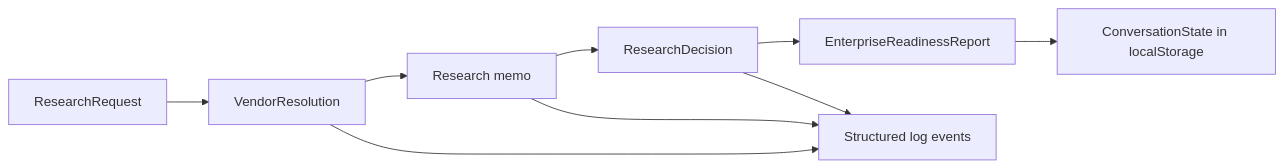
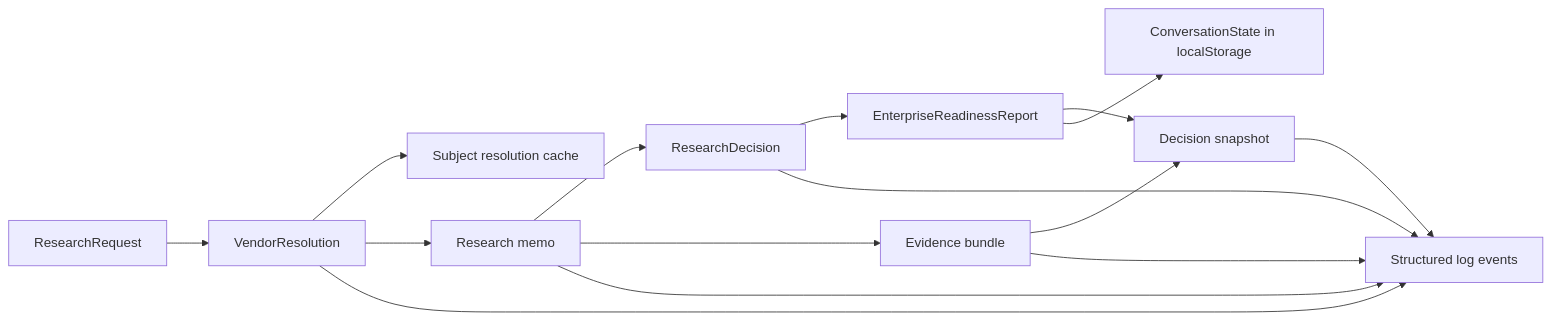
One commit to srinivasrowdur/ArchReviewAgent changed the fifth of 6 diagrams in architecture.md. Above: the diagram before and after it, drawn with Mermaid. The commit also changed other lines of this file and 17 other files, not shown here.

Commit message:
Add Postgres research cache and refresh flow

````diff
--- a/architecture.md
+++ b/architecture.md
@@ -289,11 +343,17 @@
 ```mermaid
 flowchart LR
   RQ["ResearchRequest"] --> VR["VendorResolution"]
+  VR --> SRC["Subject resolution cache"]
   VR --> RM["Research memo"]
   RM --> RD["ResearchDecision"]
   RD --> RP["EnterpriseReadinessReport"]
+  RM --> EB["Evidence bundle"]
+  RP --> DS["Decision snapshot"]
+  EB --> DS
   RP --> CS["ConversationState in localStorage"]
   VR --> LG["Structured log events"]
   RM --> LG
   RD --> LG
+  EB --> LG
+  DS --> LG
 ```
````
